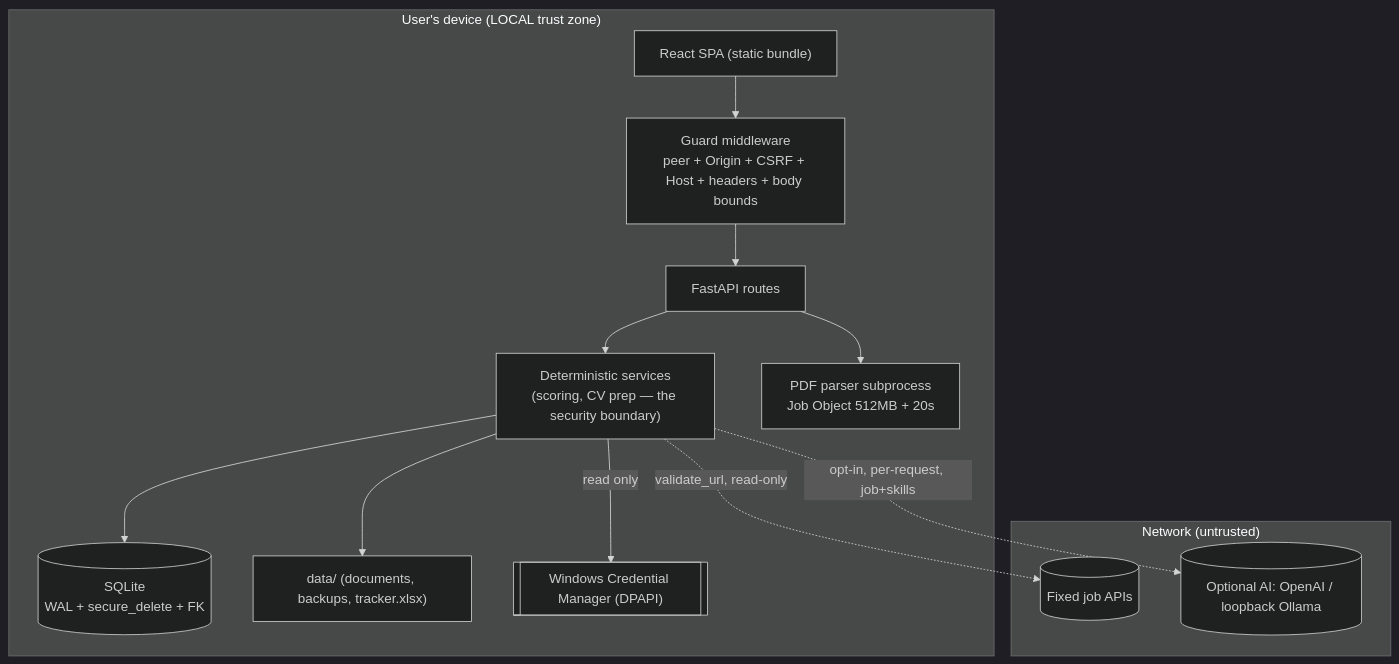
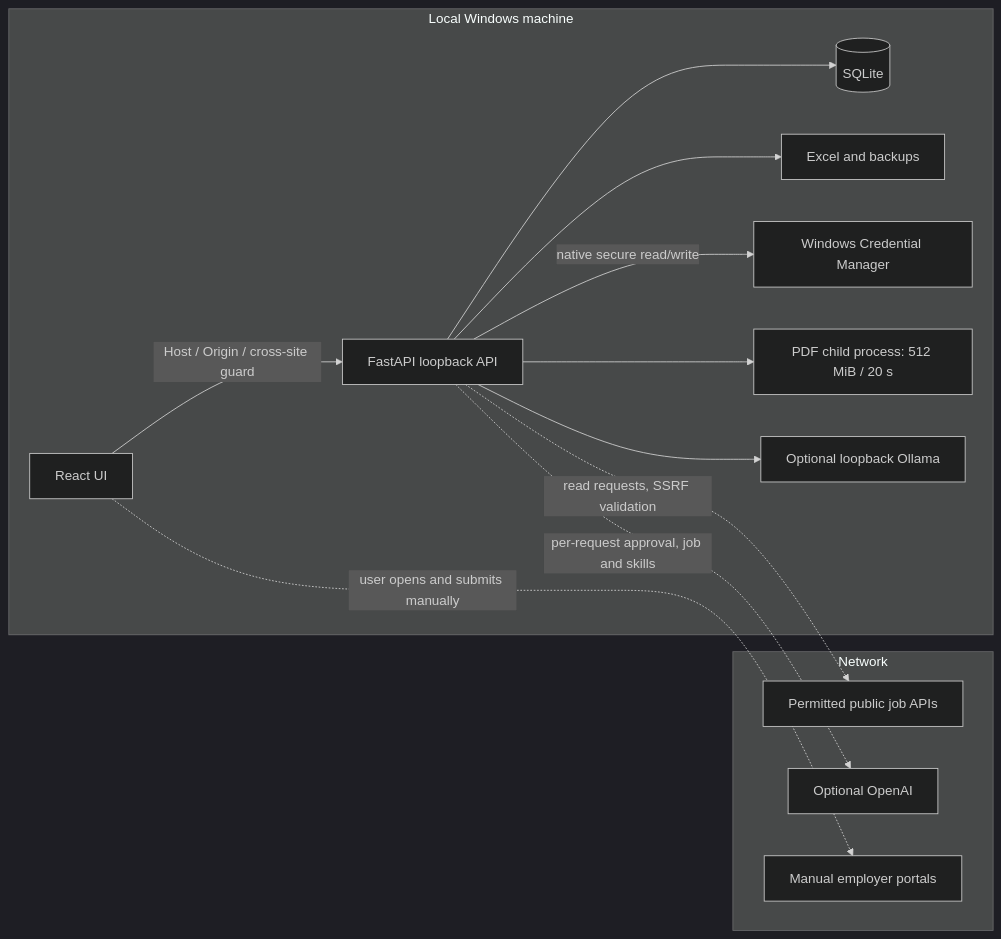
One commit to SoSwag5/ASTRA changed the diagram in docs/SECURITY_ARCHITECTURE.md. Above: the diagram before and after it, drawn with Mermaid (dark theme). The commit also changed other lines of this file and 26 other files, not shown here.

````diff
--- a/docs/SECURITY_ARCHITECTURE.md
+++ b/docs/SECURITY_ARCHITECTURE.md
@@ -14,24 +3,26 @@
 ```mermaid
-flowchart TB
-    subgraph LOCAL["User's device (LOCAL trust zone)"]
-        SPA["React SPA (static bundle)"]
-        MW["Guard middleware<br/>peer + Origin + CSRF + Host + headers + body bounds"]
-        API["FastAPI routes"]
-        SVC["Deterministic services<br/>(scoring, CV prep — the security boundary)"]
-        DB[("SQLite<br/>WAL + secure_delete + FK")]
-        FS["data/ (documents, backups, tracker.xlsx)"]
-        KEY[["Windows Credential Manager (DPAPI)"]]
-        SUB["PDF parser subprocess<br/>Job Object 512MB + 20s"]
-    end
-    subgraph NET["Network (untrusted)"]
-        SRC[("Fixed job APIs")]
-        LLM[("Optional AI: OpenAI / loopback Ollama")]
-    end
-    SPA --> MW --> API --> SVC
-    SVC --> DB
-    SVC --> FS
-    SVC -->|read only| KEY
-    API --> SUB
-    SVC -.->|validate_url, read-only| SRC
-    SVC -.->|opt-in, per-request, job+skills| LLM
+flowchart LR
+  subgraph LOCAL[Local Windows machine]
+    UI[React UI]
+    API[FastAPI loopback API]
+    DB[(SQLite)]
+    FILES[Excel and backups]
+    KEYS[Windows Credential Manager]
+    PDF[PDF child process: 512 MiB / 20 s]
+    OLLAMA[Optional loopback Ollama]
+    UI -->|Host / Origin / cross-site guard| API
+    API --> DB
+    API --> FILES
+    API -->|native secure read/write| KEYS
+    API --> PDF
+    API --> OLLAMA
+  end
+  subgraph NETWORK[Network]
+    JOBS[Permitted public job APIs]
+    OPENAI[Optional OpenAI]
+    PORTALS[Manual employer portals]
+  end
+  API -.->|read requests, SSRF validation| JOBS
+  API -.->|per-request approval, job and skills| OPENAI
+  UI -.->|user opens and submits manually| PORTALS
 ```
````
